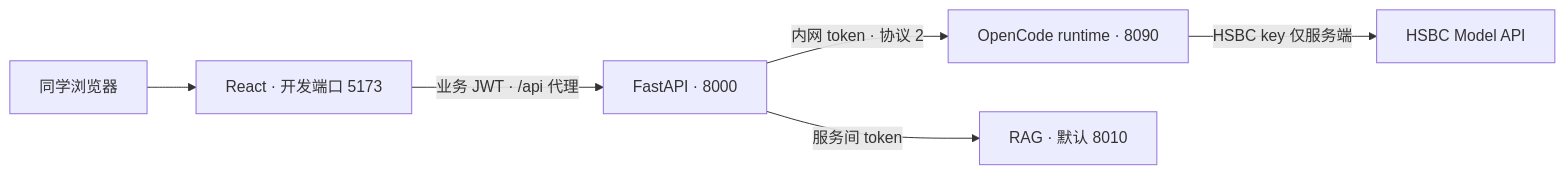
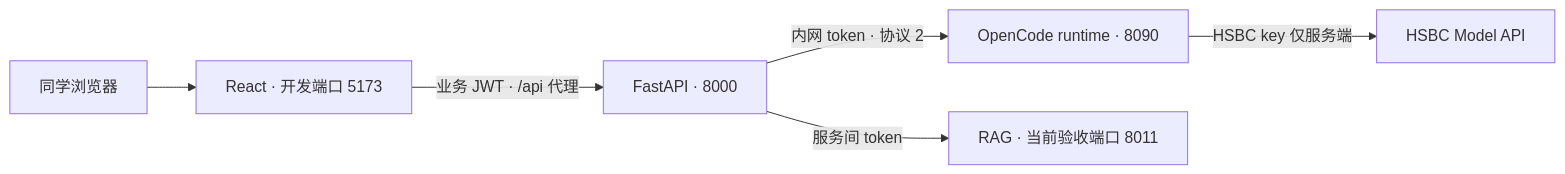
The second of 2 diagrams in code/assistant-runtime/deploy/README.md (HBCN-AI-Campaign/HBCN-AI-Campaign-Team8), drawn with Mermaid before and after one commit. The commit also changed other lines of this file and 4 other files, not shown here.

````diff
--- a/code/assistant-runtime/deploy/README.md
+++ b/code/assistant-runtime/deploy/README.md
@@ -80,8 +80,8 @@
 ```mermaid
 flowchart LR
   Browser[同学浏览器] --> Front[React · 开发端口 5173]
   Front -->|业务 JWT · /api 代理| API[FastAPI · 8000]
   API -->|内网 token · 协议 2| RT[OpenCode runtime · 8090]
   RT -->|HSBC key 仅服务端| HSBC[HSBC Model API]
-  API -->|服务间 token| RAG[RAG · 默认 8010]
+  API -->|服务间 token| RAG[RAG · 当前验收端口 8011]
 ```
````
